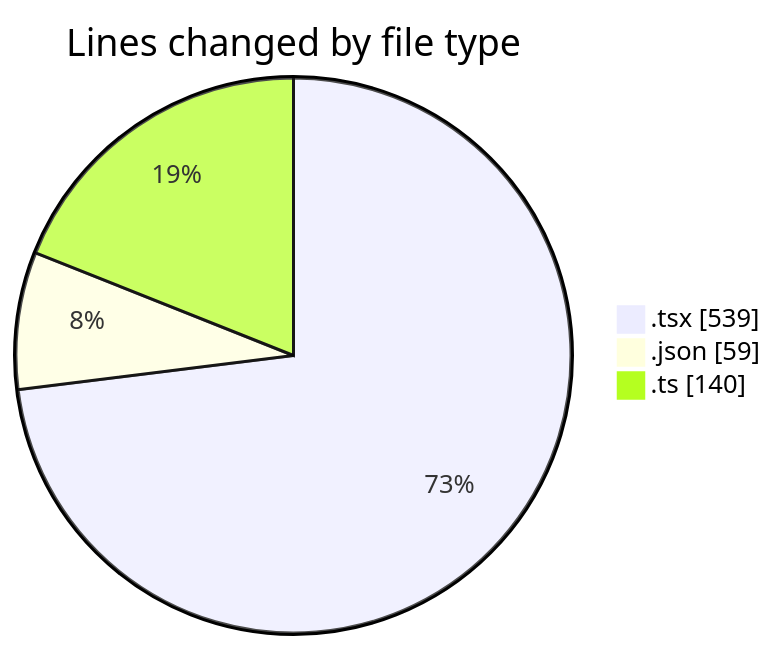
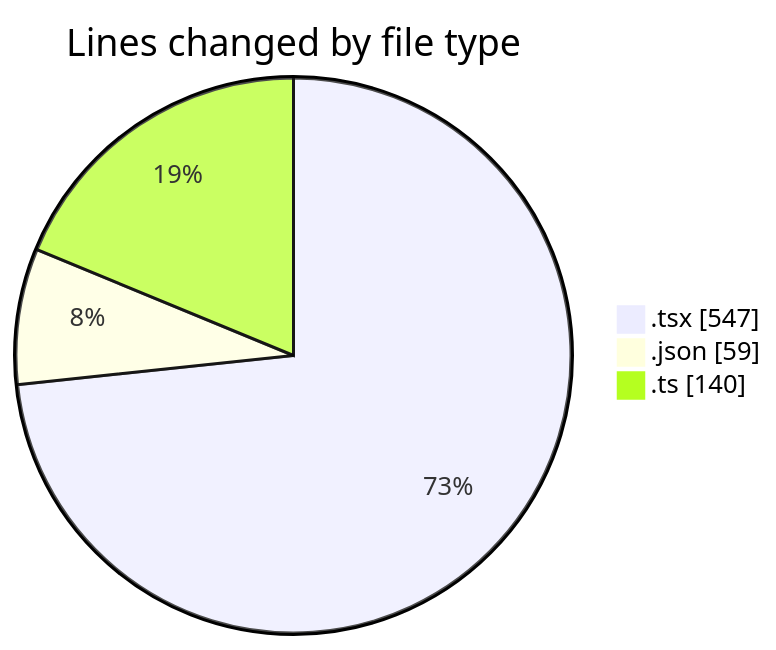
The first of 2 diagrams in 2025-11-24/cda/README.md (momahboobian/code-tracking), drawn with Mermaid before and after one commit. The commit also changed other lines of this file and 1 other file, not shown here.

````diff
--- a/2025-11-24/cda/README.md
+++ b/2025-11-24/cda/README.md
@@ -24,7 +24,7 @@
 ```mermaid
 pie showData
 title Lines changed by file type
-".tsx" : 539
+".tsx" : 547
 ".json" : 59
 ".ts" : 140
 ```
````
